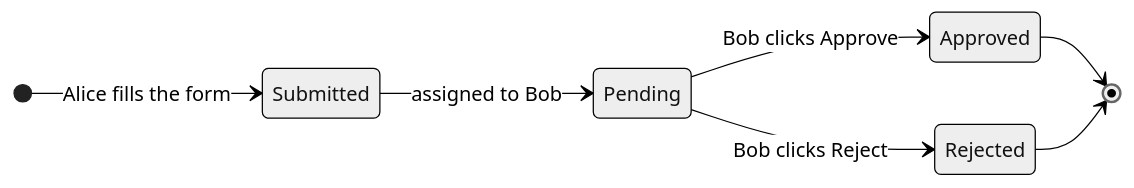
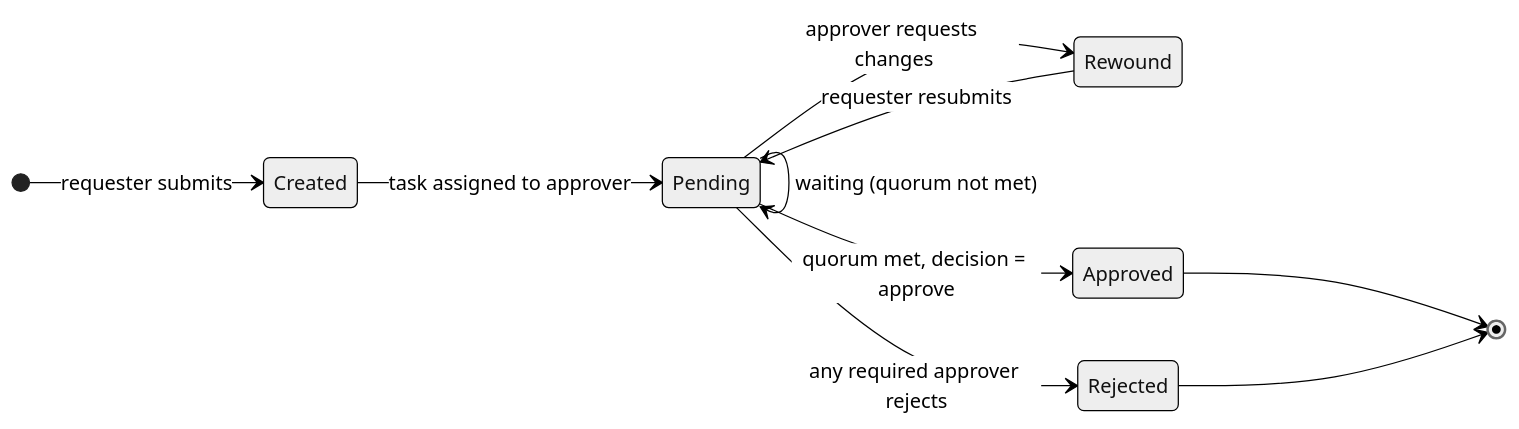
The first of 12 diagrams in problems/011-approval-management/question.md (shiningflash/system-design), drawn with Mermaid (neutral theme) before and after one commit. The commit also changed other lines of this file and 37 other files, not shown here.

````diff
--- a/problems/011-approval-management/question.md
+++ b/problems/011-approval-management/question.md
@@ -38,10 +33,13 @@
 ```mermaid
 stateDiagram-v2
     direction LR
-    [*] --> Submitted: Alice fills the form
-    Submitted --> Pending: assigned to Bob
-    Pending --> Approved: Bob clicks Approve
-    Pending --> Rejected: Bob clicks Reject
+    [*] --> Created: requester submits
+    Created --> Pending: task assigned to approver
+    Pending --> Pending: waiting (quorum not met)
+    Pending --> Rewound: approver requests changes
+    Rewound --> Pending: requester resubmits
+    Pending --> Approved: quorum met, decision = approve
+    Pending --> Rejected: any required approver rejects
     Approved --> [*]
     Rejected --> [*]
 ```
````
